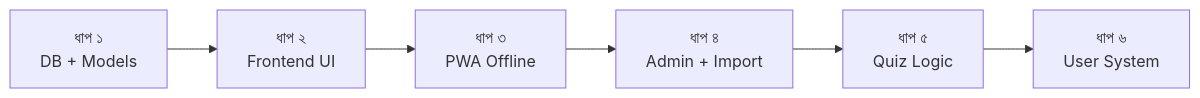
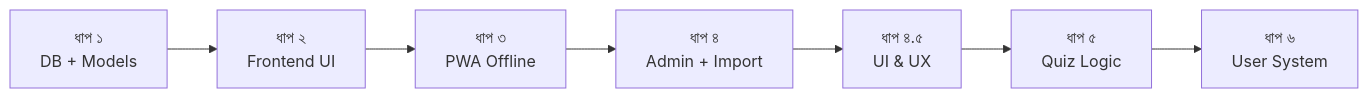
Before and after one commit to Tauhid219/PwaPractice: the diagram in docs/quiz-app-roadmap.md, drawn with Mermaid. The commit also changed other lines of this file, not shown here.

Commit message:
docs: update roadmap with Phase 4.5 UI/UX and Phase 5 Sound features

````diff
--- a/docs/quiz-app-roadmap.md
+++ b/docs/quiz-app-roadmap.md
@@ -113,8 +124,9 @@
 ```mermaid
 graph LR
     A["ধাপ ১<br>DB + Models"] --> B["ধাপ ২<br>Frontend UI"]
     B --> C["ধাপ ৩<br>PWA Offline"]
     C --> D["ধাপ ৪<br>Admin + Import"]
-    D --> E["ধাপ ৫<br>Quiz Logic"]
+    D --> D2["ধাপ ৪.৫<br>UI & UX"]
+    D2 --> E["ধাপ ৫<br>Quiz Logic"]
     E --> F["ধাপ ৬<br>User System"]
 ```
````
